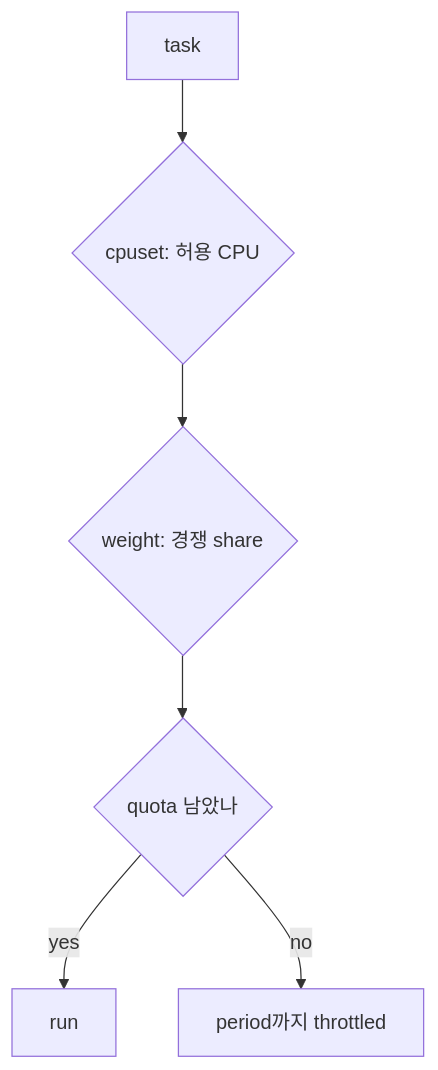
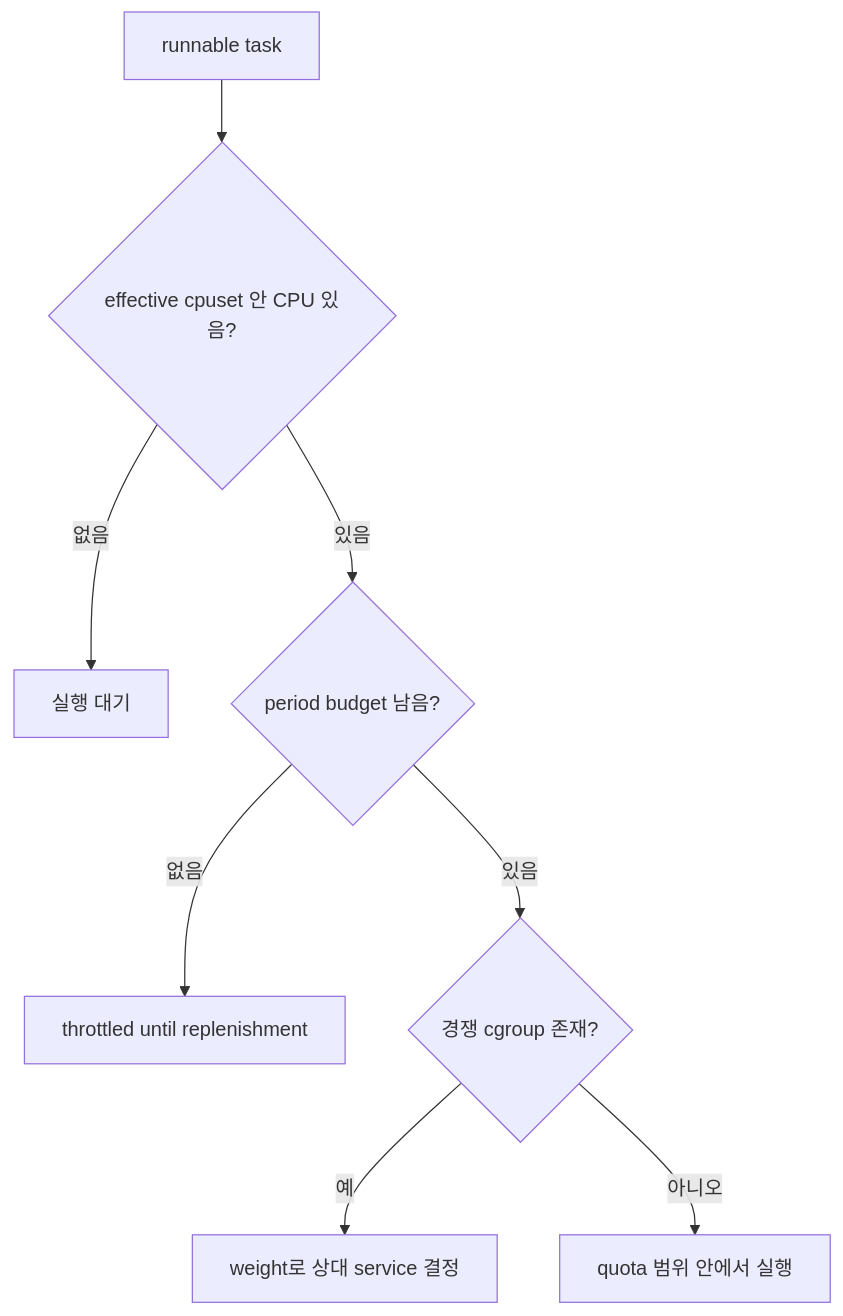
The diagram in learning/ubuntu-linux-internals/06-cpu-quota-weight-and-cpuset.md (mj006648/netai-devsecops-runbook), drawn with Mermaid before and after one commit. The commit also changed other lines of this file and 165 other files, not shown here.

````diff
--- a/learning/ubuntu-linux-internals/06-cpu-quota-weight-and-cpuset.md
+++ b/learning/ubuntu-linux-internals/06-cpu-quota-weight-and-cpuset.md
@@ -19,8 +145,10 @@
 ```mermaid
 flowchart TD
-    T[task] --> C{cpuset: 허용 CPU}
-    C --> W{weight: 경쟁 share}
-    W --> Q{quota 남았나}
-    Q -->|yes| R[run]
-    Q -->|no| H[period까지 throttled]
+    T[runnable task] --> C{effective cpuset 안 CPU 있음?}
+    C -->|없음| W[실행 대기]
+    C -->|있음| Q{period budget 남음?}
+    Q -->|없음| H[throttled until replenishment]
+    Q -->|있음| S{경쟁 cgroup 존재?}
+    S -->|예| G[weight로 상대 service 결정]
+    S -->|아니오| R[quota 범위 안에서 실행]
 ```
````
